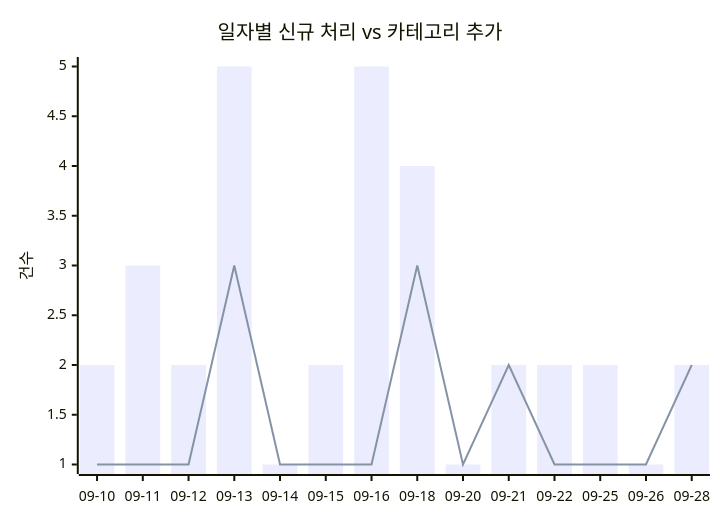
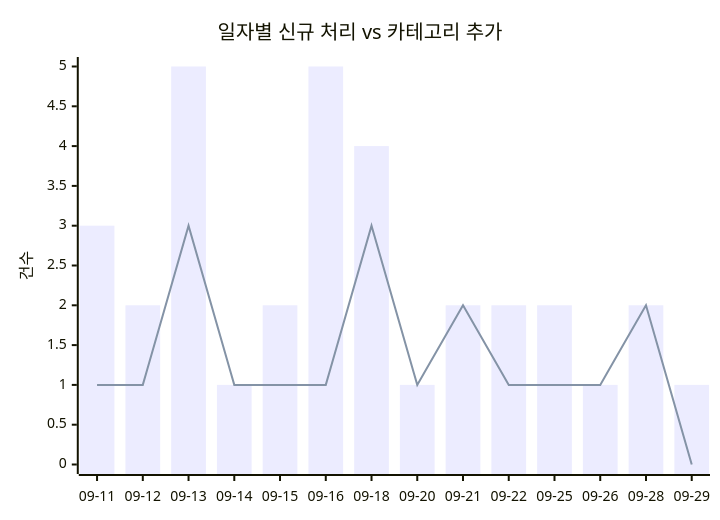
Before and after one commit to J-nowcow/awesome-korean-agent-skills: the first of 2 diagrams in docs/trends.md, drawn with Mermaid. The commit also changed other lines of this file and 2 other files, not shown here.

````diff
--- a/docs/trends.md
+++ b/docs/trends.md
@@ -32,8 +32,8 @@
 ```mermaid
 xychart-beta
     title "일자별 신규 처리 vs 카테고리 추가"
-    x-axis ["09-10","09-11","09-12","09-13","09-14","09-15","09-16","09-18","09-20","09-21","09-22","09-25","09-26","09-28"]
+    x-axis ["09-11","09-12","09-13","09-14","09-15","09-16","09-18","09-20","09-21","09-22","09-25","09-26","09-28","09-29"]
     y-axis "건수"
-    bar [2,3,2,5,1,2,5,4,1,2,2,2,1,2]
-    line [1,1,1,3,1,1,1,3,1,2,1,1,1,2]
+    bar [3,2,5,1,2,5,4,1,2,2,2,1,2,1]
+    line [1,1,3,1,1,1,3,1,2,1,1,1,2,0]
 ```
````
